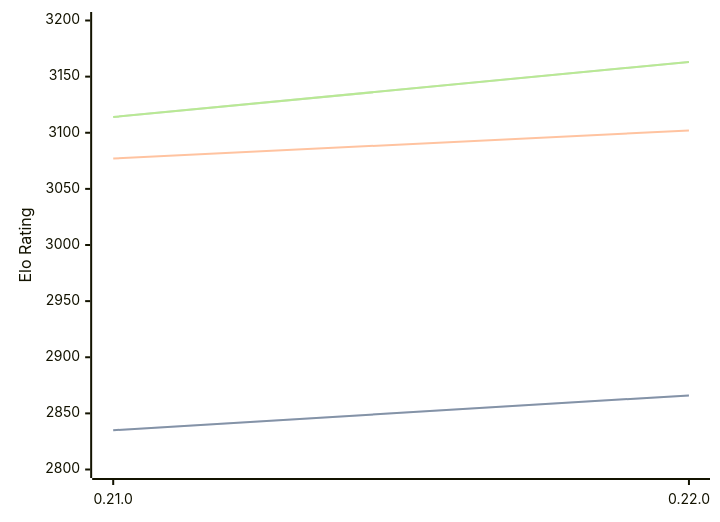
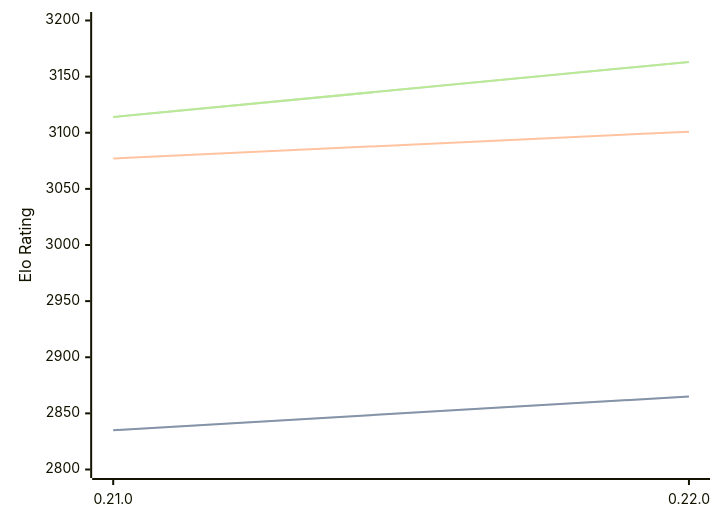
One commit to computer-chess-index/cci changed the diagram in engines/Princhess.md. Above: the diagram before and after it, drawn with Mermaid. The commit also changed other lines of this file, not shown here.

````diff
--- a/engines/Princhess.md
+++ b/engines/Princhess.md
@@ -32,11 +32,11 @@
 ```mermaid
 %%{init: {"theme":"base","themeVariables":{"seriesColors:['#a3a3a3','#222221','#faa371']}}}%%
 xychart-beta
   x-axis ["0.21.0", "0.22.0"]
   y-axis "Elo Rating" 2800 --> 3200
-  line "" [2835, 2866]
-  line "STC (8.0+0.08s)" [2835, 2866]
-  line "LTC (60.0+0.60s)" [3077, 3102]
+  line "" [2835, 2865]
+  line "STC (8.0+0.08s)" [2835, 2865]
+  line "LTC (60.0+0.60s)" [3077, 3101]
   line "" [3114, 3163]
   line "VLTC (2m24s+1.12s)" [3114, 3163]
 ```
````
